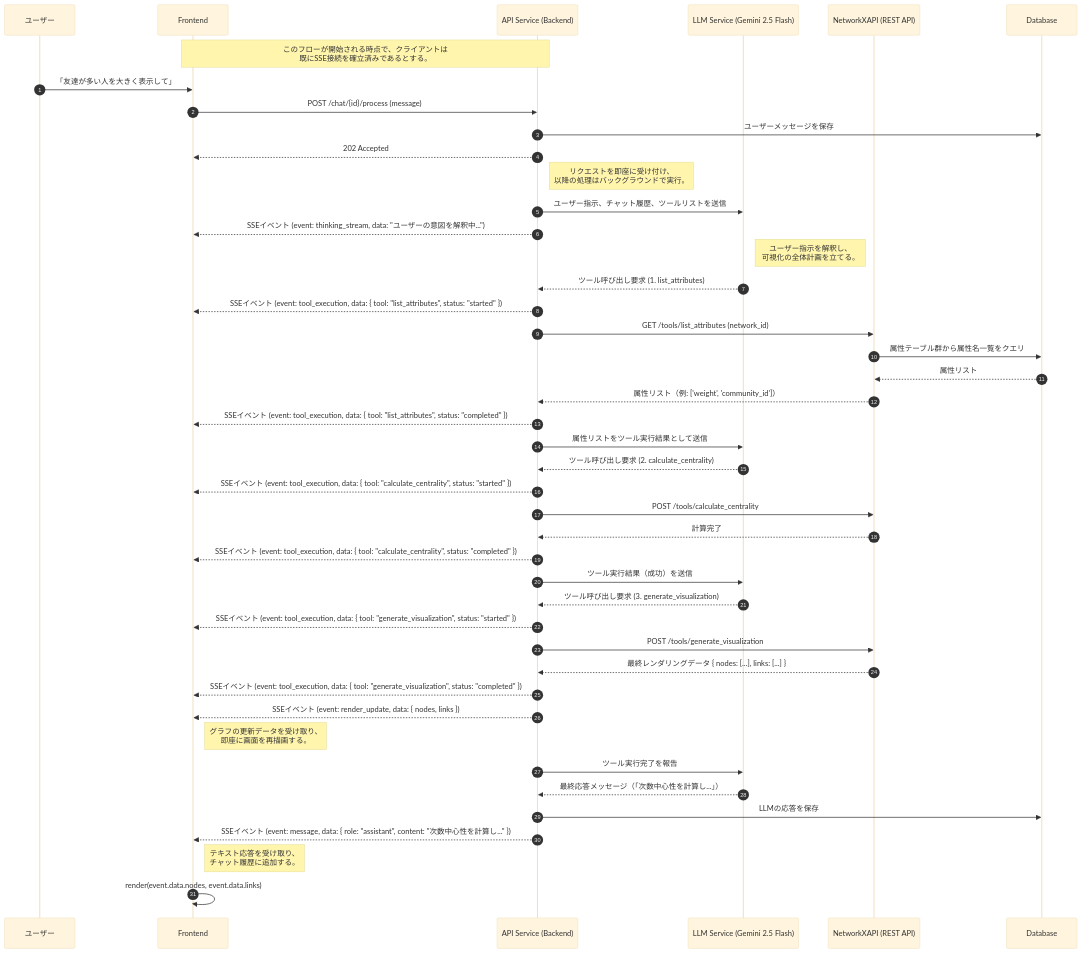
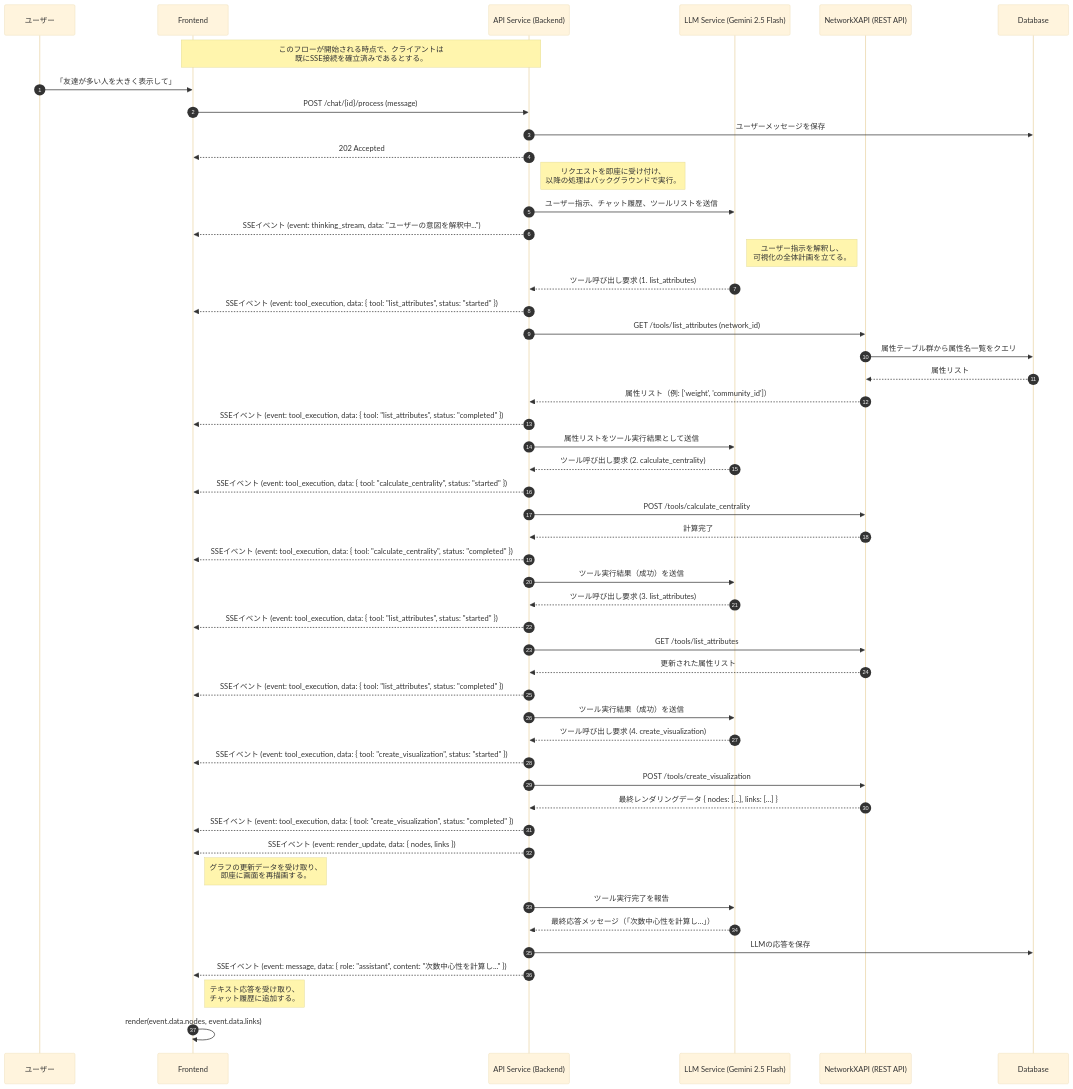
Before and after one commit to vdslab/LLMGraphvis: the second of 3 diagrams in specification/2_Technical_Details/6_Core_Workflows.md, drawn with Mermaid (base theme). The commit also changed other lines of this file and 5 other files, not shown here.

Commit message:
feat: Refactor visualization functions to `create_visualization` and `calculate_layout`, implement a new LLM agent workflow, and add a verification script.

````diff
--- a/specification/2_Technical_Details/6_Core_Workflows.md
+++ b/specification/2_Technical_Details/6_Core_Workflows.md
@@ -81,65 +81,74 @@
 ```mermaid
 sequenceDiagram
     autonumber
     %% Participants
     participant U as ユーザー
     participant F as Frontend
     participant B as API Service (Backend)
     participant LLM as LLM Service (Gemini 2.5 Flash)
     participant N as NetworkXAPI (REST API)
     participant DB as Database
 
     note over F, B: このフローが開始される時点で、クライアントは<br/>既にSSE接続を確立済みであるとする。
 
     U->>F: 「友達が多い人を大きく表示して」
     F->>B: POST /chat/{id}/process (message)
     B->>DB: ユーザーメッセージを保存
     B-->>F: 202 Accepted
     note right of B: リクエストを即座に受け付け、<br/>以降の処理はバックグラウンドで実行。
 
     %% Step 1: Backend starts the process and streams thinking
     B->>LLM: ユーザー指示、チャット履歴、ツールリストを送信
     B-->>F: SSEイベント (event: thinking_stream, data: "ユーザーの意図を解釈中...")
     note right of LLM: ユーザー指示を解釈し、<br/>可視化の全体計画を立てる。
     LLM-->>B: ツール呼び出し要求 (1. list_attributes)
 
     %% Step 2: Backend executes tools and streams status
     B-->>F: SSEイベント (event: tool_execution, data: { tool: "list_attributes", status: "started" })
     B->>N: GET /tools/list_attributes (network_id)
     N->>DB: 属性テーブル群から属性名一覧をクエリ
     DB-->>N: 属性リスト
     N-->>B: 属性リスト（例: ['weight', 'community_id']）
     B-->>F: SSEイベント (event: tool_execution, data: { tool: "list_attributes", status: "completed" })
 
     %% Step 3: Backend continues planning with LLM
     B->>LLM: 属性リストをツール実行結果として送信
     LLM-->>B: ツール呼び出し要求 (2. calculate_centrality)
 
     %% Step 4: Backend executes calculate_centrality
     B-->>F: SSEイベント (event: tool_execution, data: { tool: "calculate_centrality", status: "started" })
     B->>N: POST /tools/calculate_centrality
     N-->>B: 計算完了
     B-->>F: SSEイベント (event: tool_execution, data: { tool: "calculate_centrality", status: "completed" })
     
     B->>LLM: ツール実行結果（成功）を送信
-    LLM-->>B: ツール呼び出し要求 (3. generate_visualization)
+    LLM-->>B: ツール呼び出し要求 (3. list_attributes)
 
-    %% Step 5: Backend executes generate_visualization
-    B-->>F: SSEイベント (event: tool_execution, data: { tool: "generate_visualization", status: "started" })
-    B->>N: POST /tools/generate_visualization
+    %% Step 5: Backend executes list_attributes (Verification)
+    B-->>F: SSEイベント (event: tool_execution, data: { tool: "list_attributes", status: "started" })
+    B->>N: GET /tools/list_attributes
+    N-->>B: 更新された属性リスト
+    B-->>F: SSEイベント (event: tool_execution, data: { tool: "list_attributes", status: "completed" })
+
+    B->>LLM: ツール実行結果（成功）を送信
+    LLM-->>B: ツール呼び出し要求 (4. create_visualization)
+
+    %% Step 6: Backend executes create_visualization
+    B-->>F: SSEイベント (event: tool_execution, data: { tool: "create_visualization", status: "started" })
+    B->>N: POST /tools/create_visualization
     N-->>B: 最終レンダリングデータ { nodes: [...], links: [...] }
-    B-->>F: SSEイベント (event: tool_execution, data: { tool: "generate_visualization", status: "completed" })
+    B-->>F: SSEイベント (event: tool_execution, data: { tool: "create_visualization", status: "completed" })
 
-    %% Step 6: Backend sends final data and text response via SSE
+    %% Step 7: Backend sends final data and text response via SSE
     B-->>F: SSEイベント (event: render_update, data: { nodes, links })
     note right of F: グラフの更新データを受け取り、<br/>即座に画面を再描画する。
 
     B->>LLM: ツール実行完了を報告
     LLM-->>B: 最終応答メッセージ（「次数中心性を計算し...」）
     B->>DB: LLMの応答を保存
     B-->>F: SSEイベント (event: message, data: { role: "assistant", content: "次数中心性を計算し..." })
     note right of F: テキスト応答を受け取り、<br/>チャット履歴に追加する。
 
-    %% Step 7: Frontend renders the updated network
+    %% Step 8: Frontend renders the updated network
     F->>F: render(event.data.nodes, event.data.links)
 ```
````
